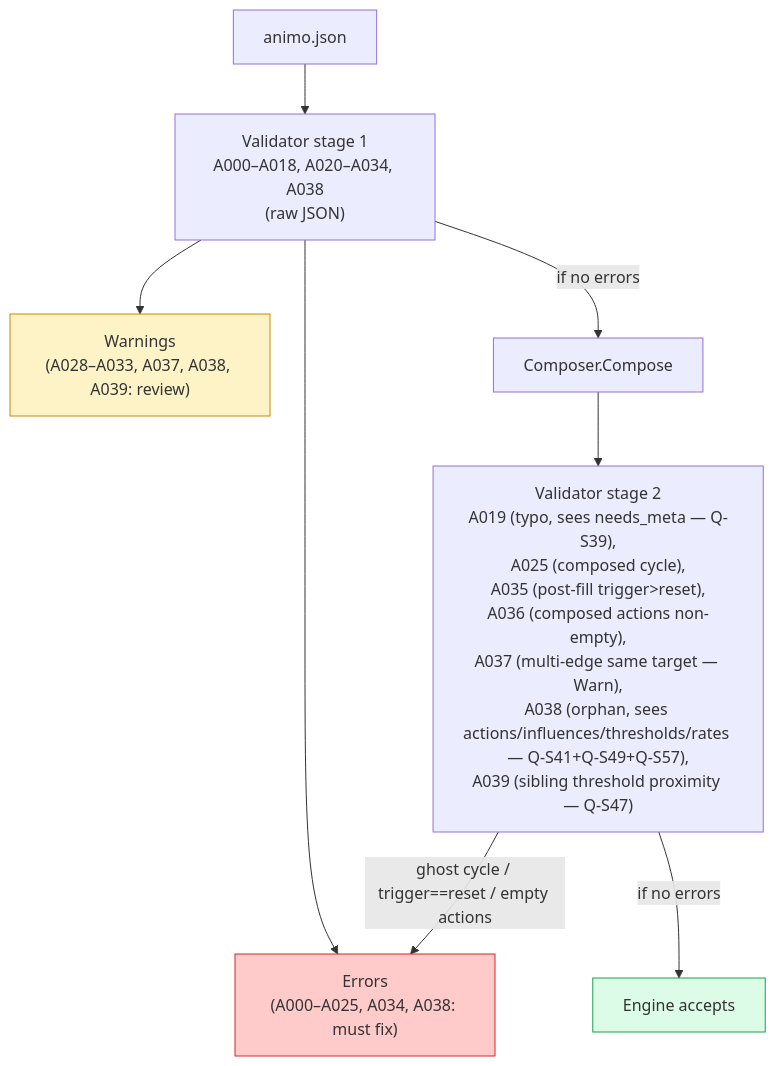
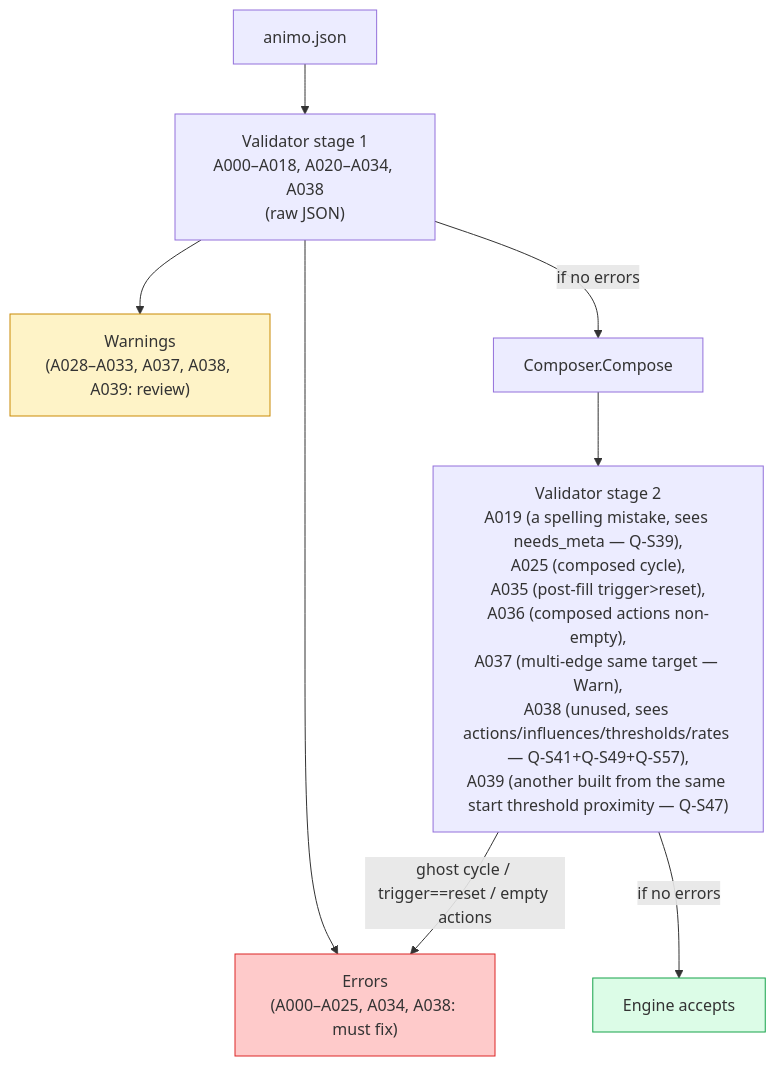
Before and after one commit to hiroxpepe/animo: diagram 12 of 12 in README.md, drawn with Mermaid. The commit also changed other lines of this file and 5 other files, not shown here.

````diff
--- a/README.md
+++ b/README.md
@@ -1723,19 +443,19 @@
 ```mermaid
 flowchart TB
   J["animo.json"]
   V["Validator stage 1<br/>A000–A018, A020–A034, A038<br/>(raw JSON)"]
   E["Errors<br/>(A000–A025, A034, A038: must fix)"]
   W["Warnings<br/>(A028–A033, A037, A038, A039: review)"]
   C["Composer.Compose"]
-  V2["Validator stage 2<br/>A019 (typo, sees needs_meta — Q-S39),<br/>A025 (composed cycle),<br/>A035 (post-fill trigger>reset),<br/>A036 (composed actions non-empty),<br/>A037 (multi-edge same target — Warn),<br/>A038 (orphan, sees actions/influences/thresholds/rates — Q-S41+Q-S49+Q-S57),<br/>A039 (sibling threshold proximity — Q-S47)"]
+  V2["Validator stage 2<br/>A019 (a spelling mistake, sees needs_meta — Q-S39),<br/>A025 (composed cycle),<br/>A035 (post-fill trigger>reset),<br/>A036 (composed actions non-empty),<br/>A037 (multi-edge same target — Warn),<br/>A038 (unused, sees actions/influences/thresholds/rates — Q-S41+Q-S49+Q-S57),<br/>A039 (another built from the same start threshold proximity — Q-S47)"]
   G["Engine accepts"]
   J --> V
   V --> E
   V --> W
   V -->|"if no errors"| C --> V2
   V2 -->|"if no errors"| G
   V2 -->|"ghost cycle / trigger==reset / empty actions"| E
   style E fill:#fecaca,stroke:#dc2626
   style W fill:#fef3c7,stroke:#ca8a04
   style G fill:#dcfce7,stroke:#16a34a
 ```
````
